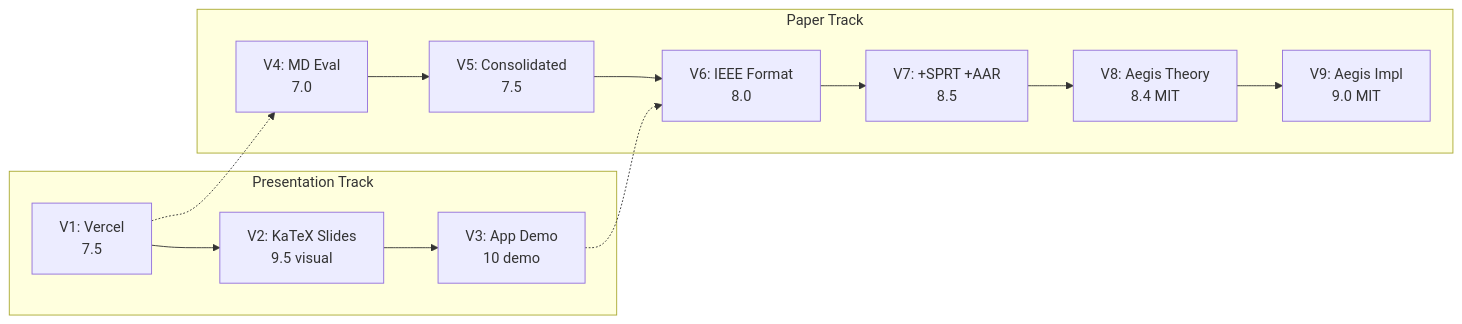
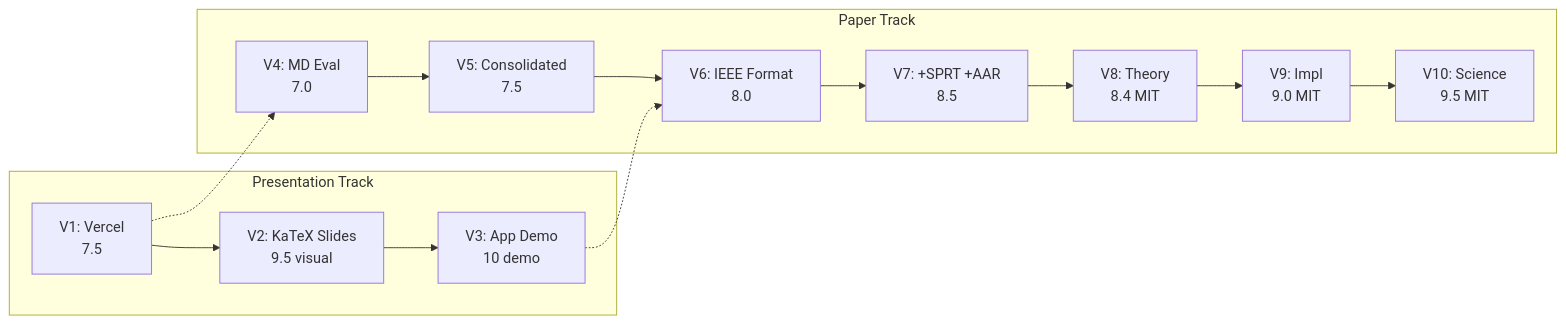
Before and after one commit to yuicnswu/cyber-intercept-defense: the first of 2 diagrams in Version_Comparison.md, drawn with Mermaid. The commit also changed other lines of this file and 2 other files, not shown here.

Commit message:
docs: release Aegis V10 (Scientific Formulation, RQ, Core Loop)

````diff
--- a/Version_Comparison.md
+++ b/Version_Comparison.md
@@ -183,18 +199,19 @@
 ```mermaid
 flowchart LR
     subgraph PRESENTATION ["Presentation Track"]
         V1["V1: Vercel<br>7.5"] --> V2["V2: KaTeX Slides<br>9.5 visual"]
         V2 --> V3["V3: App Demo<br>10 demo"]
     end
 
     subgraph PAPER ["Paper Track"]
         V4["V4: MD Eval<br>7.0"] --> V5["V5: Consolidated<br>7.5"]
         V5 --> V6["V6: IEEE Format<br>8.0"]
         V6 --> V7["V7: +SPRT +AAR<br>8.5"]
-        V7 --> V8["V8: Aegis Theory<br>8.4 MIT"]
-        V8 --> V9["V9: Aegis Impl<br>9.0 MIT"]
+        V7 --> V8["V8: Theory<br>8.4 MIT"]
+        V8 --> V9["V9: Impl<br>9.0 MIT"]
+        V9 --> V10["V10: Science<br>9.5 MIT"]
     end
 
     V1 -.-> V4
     V3 -.-> V6
 ```
````
